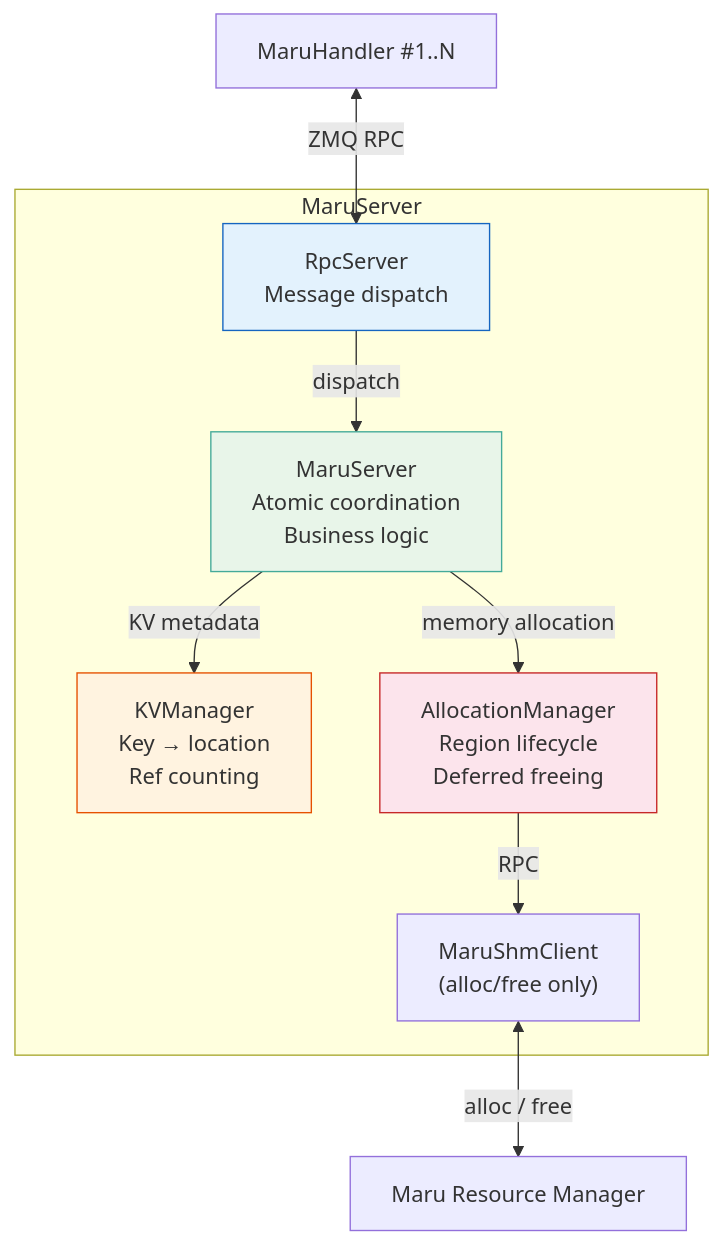
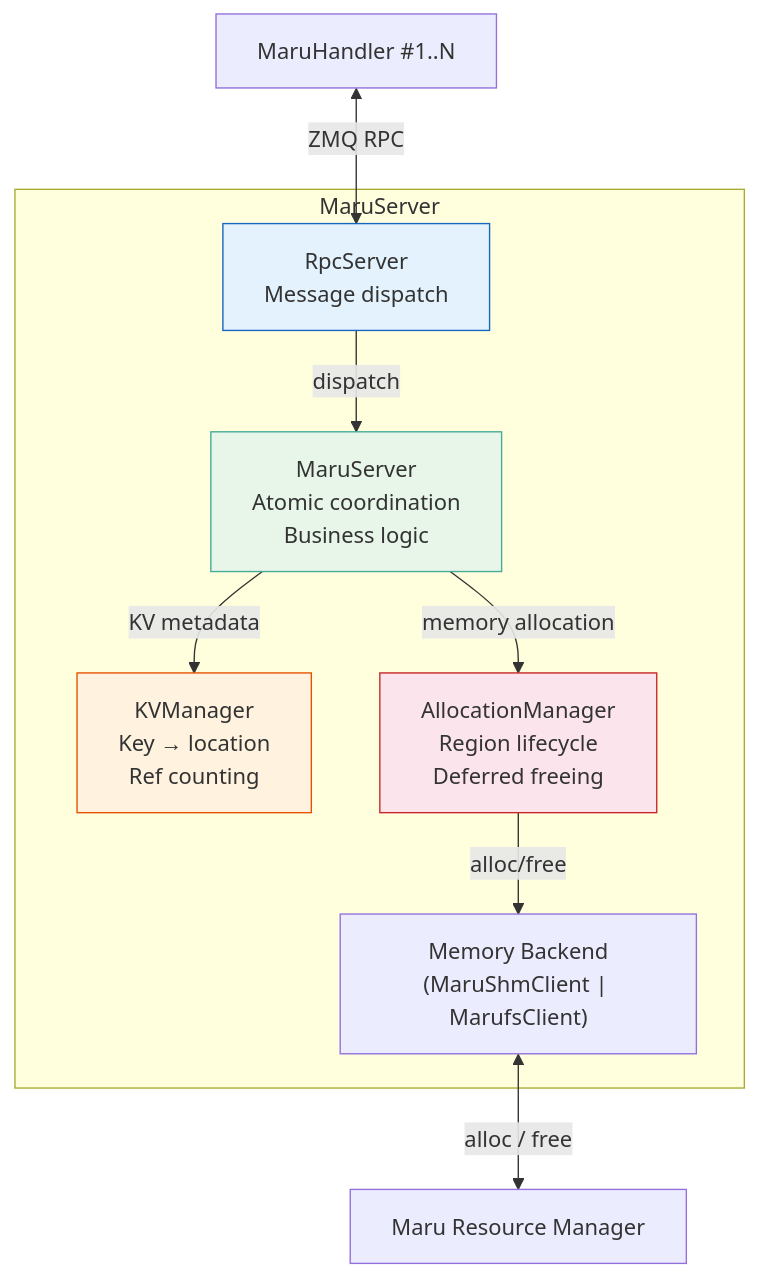
One commit to xcena-dev/maru changed the first of 2 diagrams in docs/source/design_doc/maru_server.md. Above: the diagram before and after it, drawn with Mermaid. The commit also changed other lines of this file and 3 other files, not shown here.

First line of the commit message:
docs: update design docs to reflect marufs hybrid architecture

````diff
--- a/docs/source/design_doc/maru_server.md
+++ b/docs/source/design_doc/maru_server.md
@@ -12,26 +12,26 @@
 ```mermaid
 flowchart TB
     subgraph Server["MaruServer"]
         RpcServer["RpcServer<br/>Message dispatch"]
         MaruServer["MaruServer<br/>Atomic coordination<br/>Business logic"]
         KVManager["KVManager<br/>Key → location<br/>Ref counting"]
         AllocMgr["AllocationManager<br/>Region lifecycle<br/>Deferred freeing"]
-        ShmClient["MaruShmClient<br/>(alloc/free only)"]
+        MemClient["Memory Backend<br/>(MaruShmClient | MarufsClient)"]
 
         RpcServer -->|"dispatch"| MaruServer
         MaruServer -->|"KV metadata"| KVManager
         MaruServer -->|"memory allocation"| AllocMgr
-        AllocMgr -->|"RPC"| ShmClient
+        AllocMgr -->|"alloc/free"| MemClient
     end
 
     Clients["MaruHandler #1..N"]
     Clients <-->|"ZMQ RPC"| RpcServer
 
     RM["Maru Resource Manager"]
-    ShmClient <-->|"alloc / free"| RM
+    MemClient <-->|"alloc / free"| RM
 
     style RpcServer fill:#e3f2fd,stroke:#1565c0
     style MaruServer fill:#e8f5e9,stroke:#4a9
     style KVManager fill:#fff3e0,stroke:#e65100
     style AllocMgr fill:#fce4ec,stroke:#c62828
 ```
````
